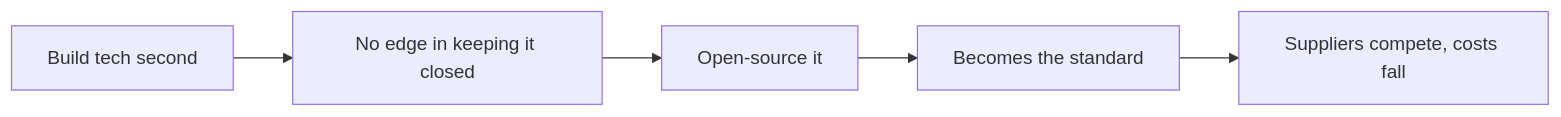
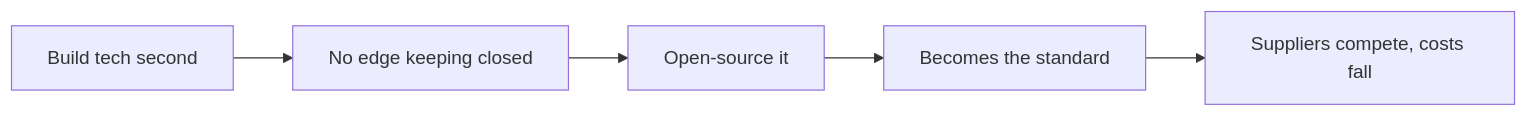
Before and after one commit to jrajath94/ai-podcast-curriculum: the second of 2 diagrams in content/tracks/acquired/ep03.md, drawn with Mermaid. The commit also changed other lines of this file, not shown here.

````diff
--- a/content/tracks/acquired/ep03.md
+++ b/content/tracks/acquired/ep03.md
@@ -111,7 +118,7 @@
 ```mermaid
 graph LR
-    A[Build tech second] --> B[No edge in keeping it closed]
+    A[Build tech second] --> B[No edge keeping closed]
     B --> C[Open-source it]
     C --> D[Becomes the standard]
     D --> E[Suppliers compete, costs fall]
 ```
````
